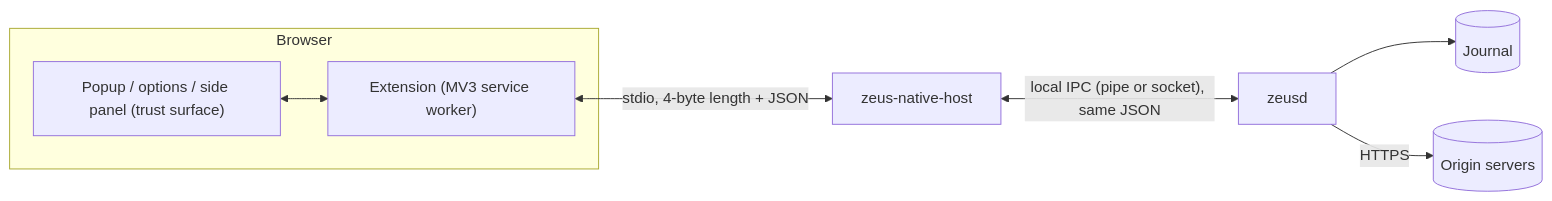
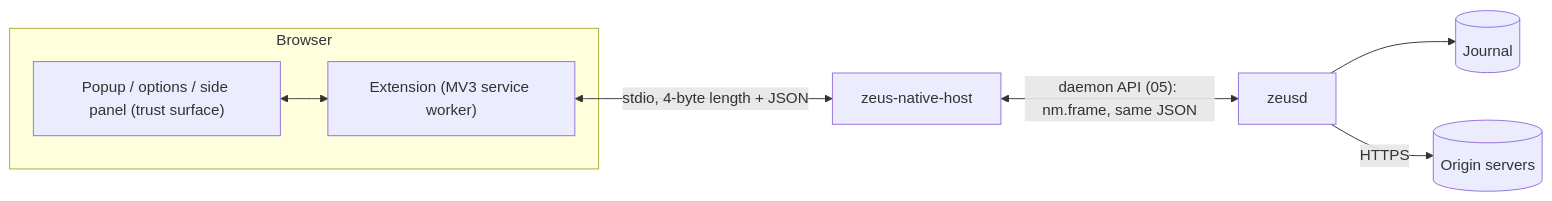
The first of 8 diagrams in docs/spec/02-native-messaging-v1.md (ArefinAlter/zeus), drawn with Mermaid before and after one commit. The commit also changed other lines of this file and 26 other files, not shown here.

````diff
--- a/docs/spec/02-native-messaging-v1.md
+++ b/docs/spec/02-native-messaging-v1.md
@@ -33,12 +33,12 @@
 ```mermaid
 flowchart LR
   subgraph Browser
     E["Extension (MV3 service worker)"]
     P["Popup / options / side panel (trust surface)"]
     P <--> E
   end
   E <-->|"stdio, 4-byte length + JSON"| H["zeus-native-host"]
-  H <-->|"local IPC (pipe or socket), same JSON"| D["zeusd"]
+  H <-->|"daemon API (05): nm.frame, same JSON"| D["zeusd"]
   D --> J[("Journal")]
   D -->|"HTTPS"| S[("Origin servers")]
 ```
````
